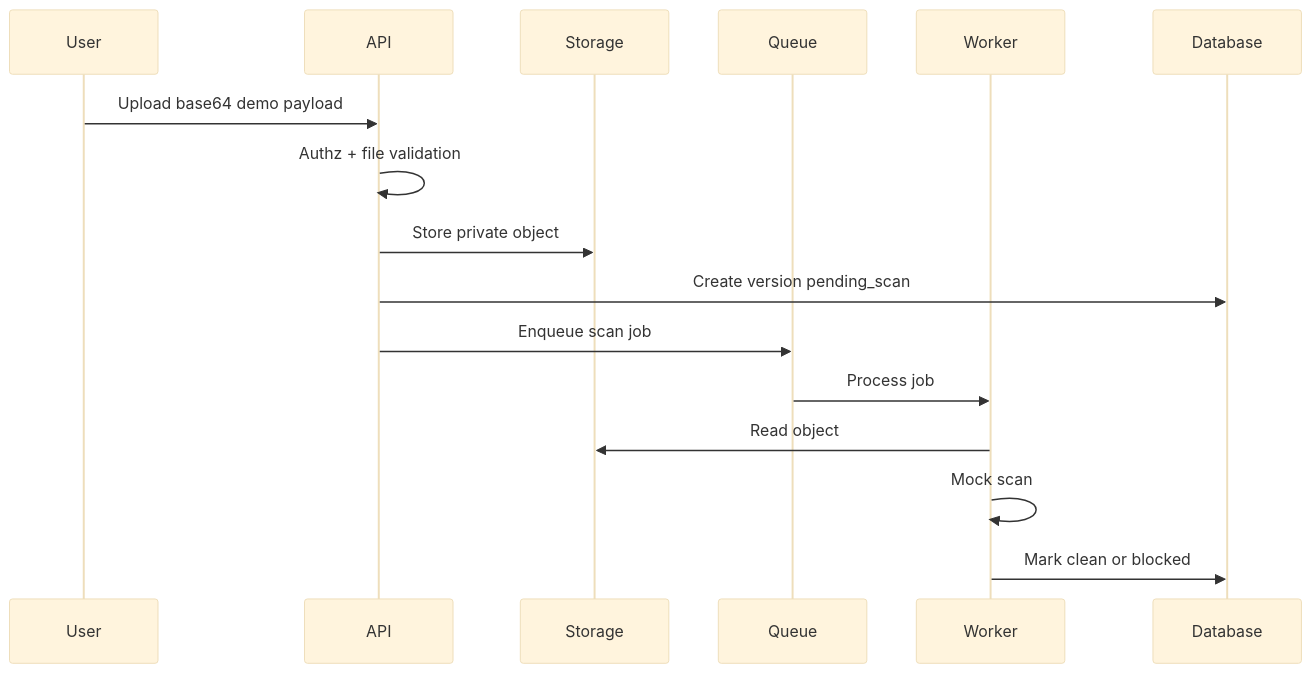
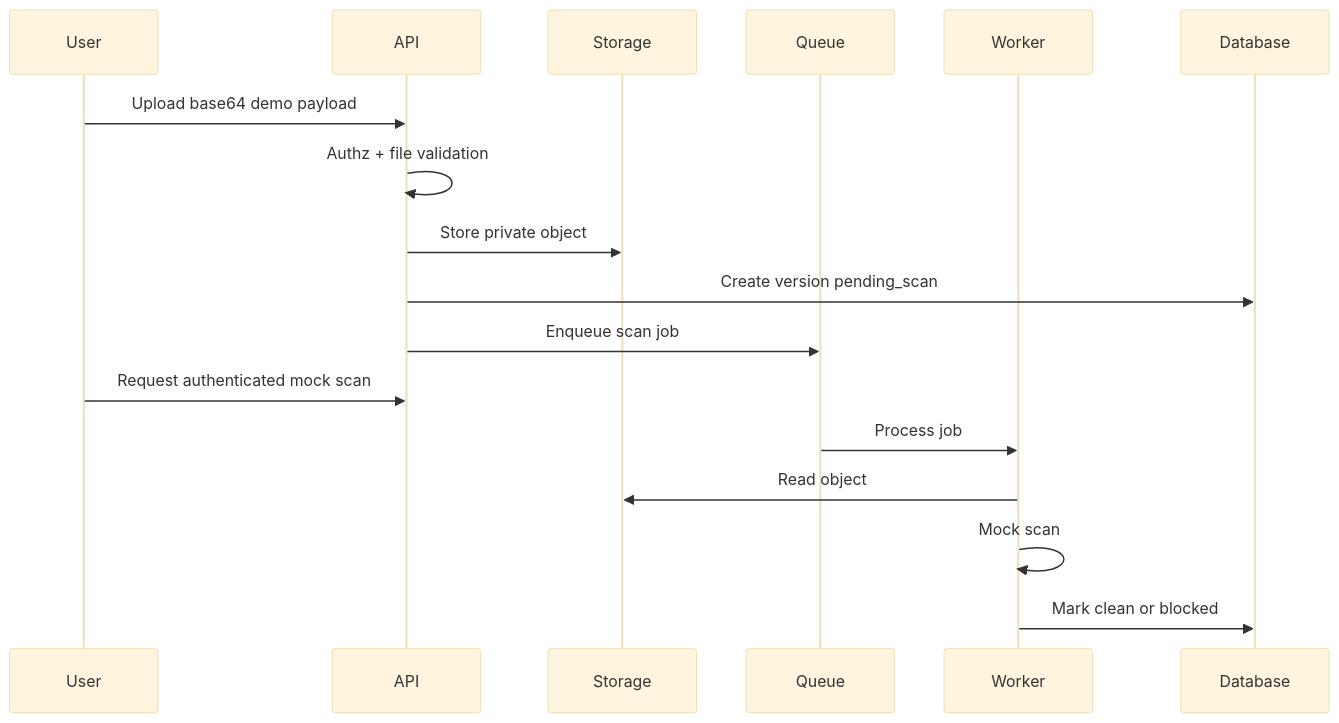
Before and after one commit to IoanGogozan/TrustVault-Lite: the fourth of 4 diagrams in docs/security/architecture.md, drawn with Mermaid (base theme). The commit also changed other lines of this file and 26 other files, not shown here.

````diff
--- a/docs/security/architecture.md
+++ b/docs/security/architecture.md
@@ -75,19 +75,20 @@
 ```mermaid
 sequenceDiagram
   participant U as User
   participant A as API
   participant S as Storage
   participant Q as Queue
   participant W as Worker
   participant DB as Database
 
   U->>A: Upload base64 demo payload
   A->>A: Authz + file validation
   A->>S: Store private object
   A->>DB: Create version pending_scan
   A->>Q: Enqueue scan job
+  U->>A: Request authenticated mock scan
   Q->>W: Process job
   W->>S: Read object
   W->>W: Mock scan
   W->>DB: Mark clean or blocked
 ```
````
